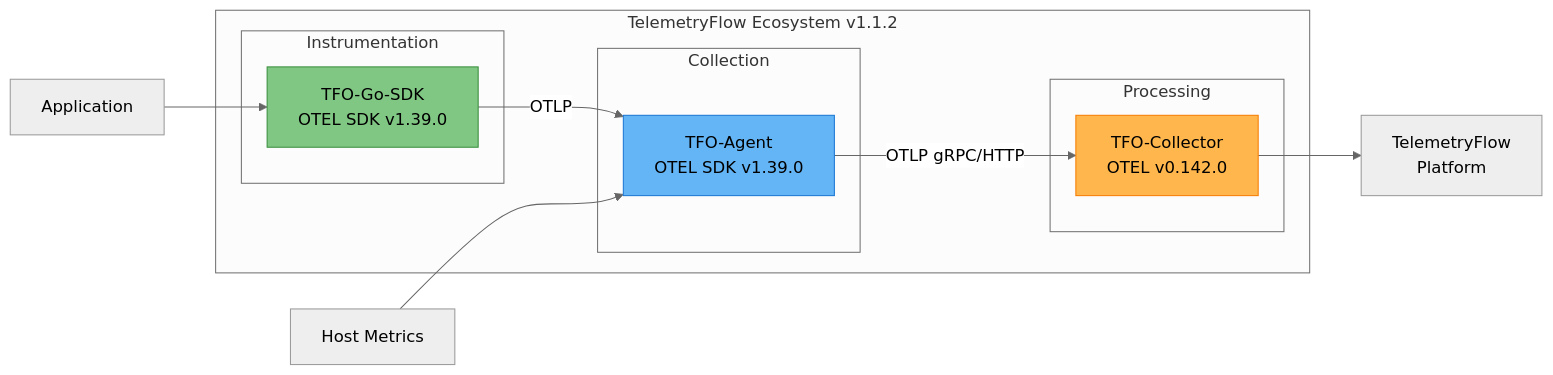
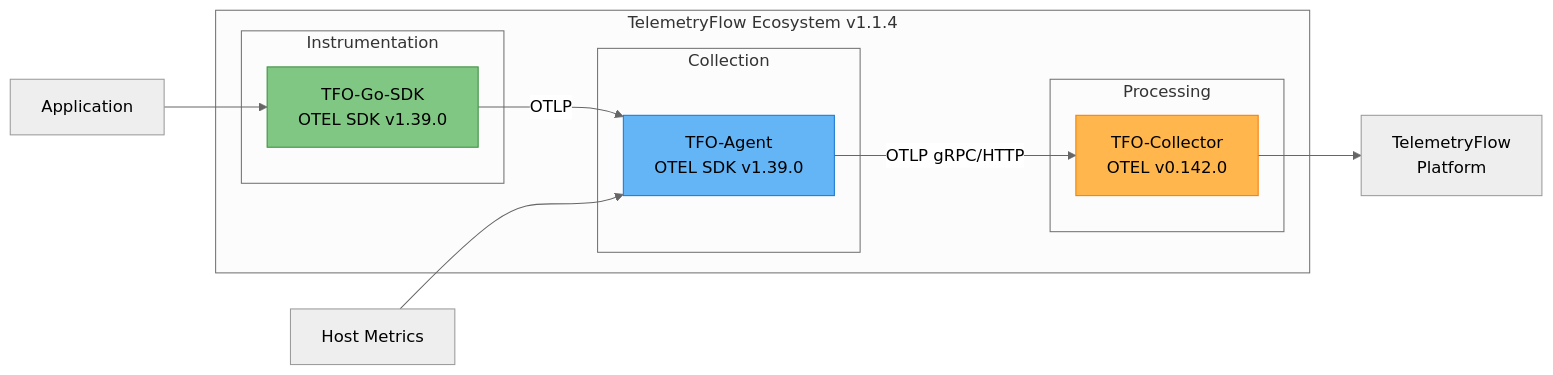
The first of 3 diagrams in docs/README.md (telemetryflow/telemetryflow-agent), drawn with Mermaid (neutral theme) before and after one commit. The commit also changed other lines of this file and 22 other files, not shown here.

````diff
--- a/docs/README.md
+++ b/docs/README.md
@@ -29,26 +29,26 @@
 ```mermaid
 graph LR
-    subgraph "TelemetryFlow Ecosystem v1.1.2"
+    subgraph "TelemetryFlow Ecosystem v1.1.4"
         subgraph "Instrumentation"
             SDK[TFO-Go-SDK<br/>OTEL SDK v1.39.0]
         end
 
         subgraph "Collection"
             AGENT[TFO-Agent<br/>OTEL SDK v1.39.0]
         end
 
         subgraph "Processing"
             COLLECTOR[TFO-Collector<br/>OTEL v0.142.0]
         end
     end
 
     APP[Application] --> SDK
     SDK -->|OTLP| AGENT
     HOST[Host Metrics] --> AGENT
     AGENT -->|OTLP gRPC/HTTP| COLLECTOR
     COLLECTOR --> BACKEND[TelemetryFlow<br/>Platform]
 
     style SDK fill:#81C784,stroke:#388E3C
     style AGENT fill:#64B5F6,stroke:#1976D2
     style COLLECTOR fill:#FFB74D,stroke:#F57C00
 ```
````
